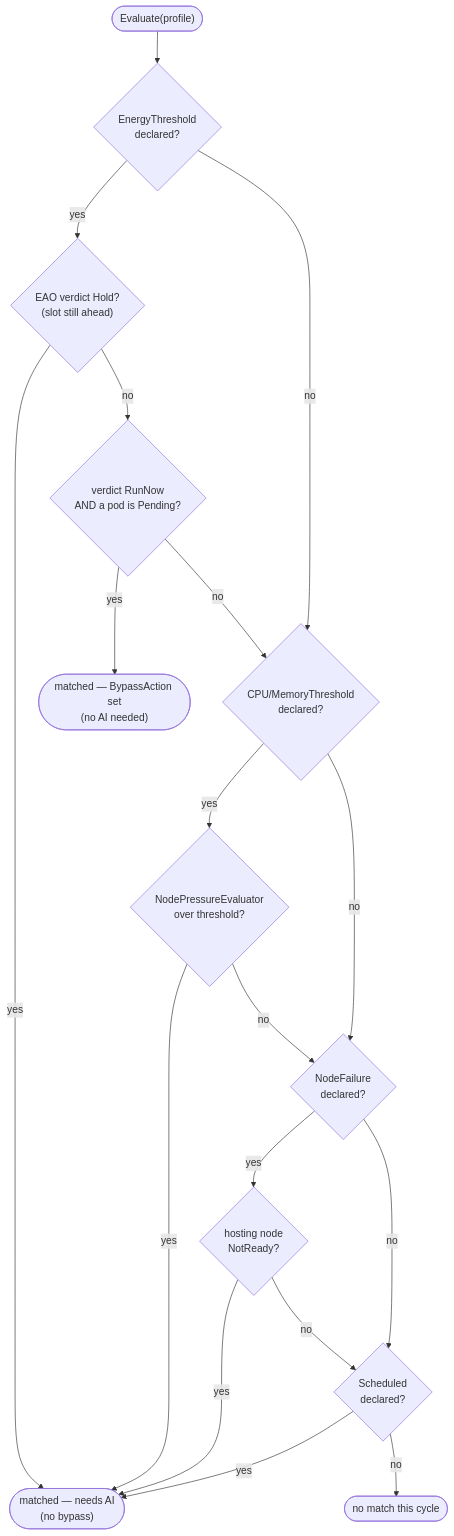
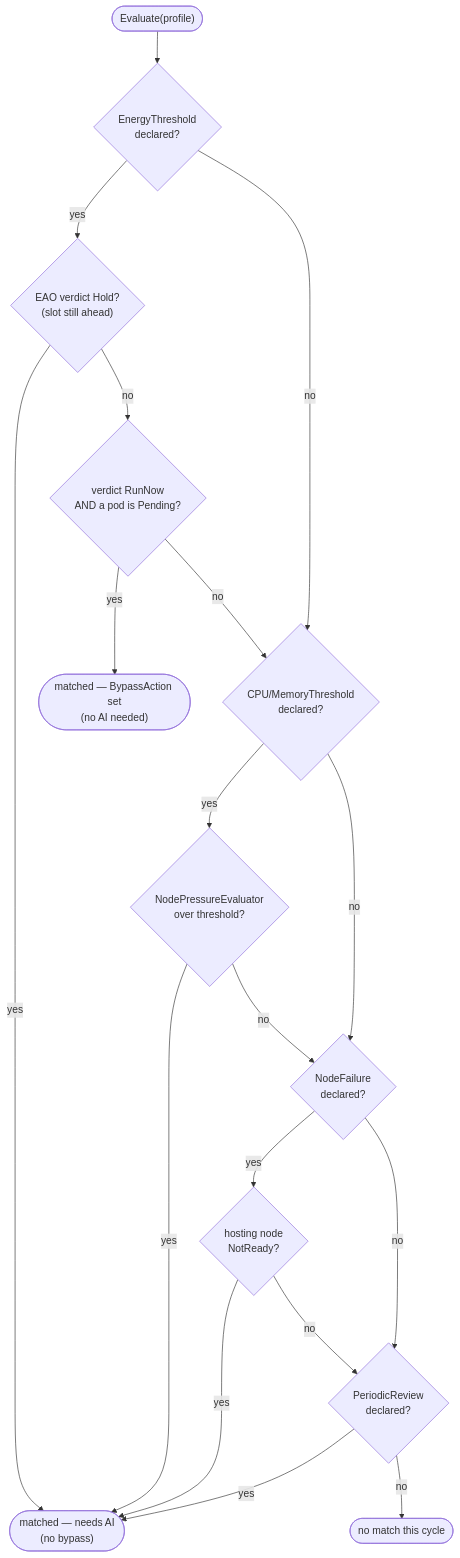
One commit to HIRO-MicroDataCenters-BV/hiro-adaptive-orchestrator changed the fifth of 35 diagrams in internal/rebalance/README.md. Above: the diagram before and after it, drawn with Mermaid. The commit also changed other lines of this file and 25 other files, not shown here.

Commit message:
Rename the Scheduled trigger condition to PeriodicReview so it can't be confused with EAO's Scheduled action

````diff
--- a/internal/rebalance/README.md
+++ b/internal/rebalance/README.md
@@ -204,20 +204,20 @@
 ```mermaid
 flowchart TD
     Start(["Evaluate(profile)"]) --> C1{"EnergyThreshold<br/>declared?"}
     C1 -- yes --> E1{"EAO verdict Hold?<br/>(slot still ahead)"}
     E1 -- yes --> Match(["matched — needs AI<br/>(no bypass)"])
     E1 -- no --> E2{"verdict RunNow<br/>AND a pod is Pending?"}
     E2 -- yes --> Bypass(["matched — BypassAction set<br/>(no AI needed)"])
     E2 -- no --> C2
     C1 -- no --> C2{"CPU/MemoryThreshold<br/>declared?"}
     C2 -- yes --> P{"NodePressureEvaluator<br/>over threshold?"}
     P -- yes --> Match
     P -- no --> C3
     C2 -- no --> C3{"NodeFailure<br/>declared?"}
     C3 -- yes --> N{"hosting node<br/>NotReady?"}
     N -- yes --> Match
     N -- no --> C4
-    C3 -- no --> C4{"Scheduled<br/>declared?"}
+    C3 -- no --> C4{"PeriodicReview<br/>declared?"}
     C4 -- yes --> Match
     C4 -- no --> None(["no match this cycle"])
 ```
````
